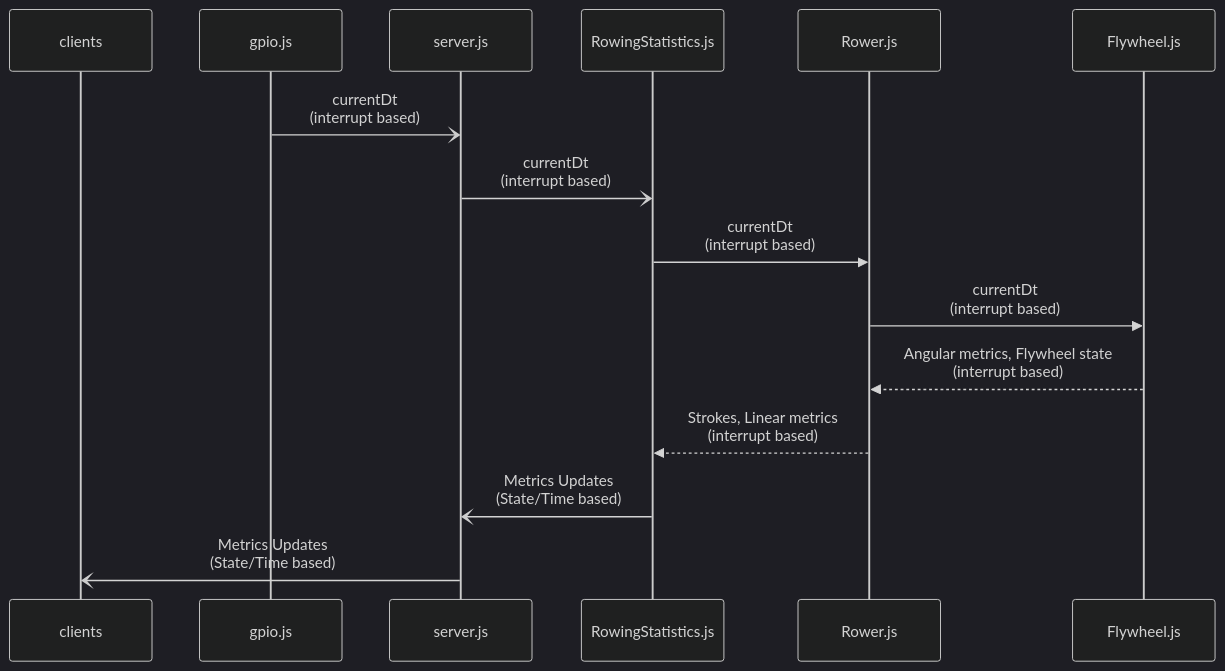
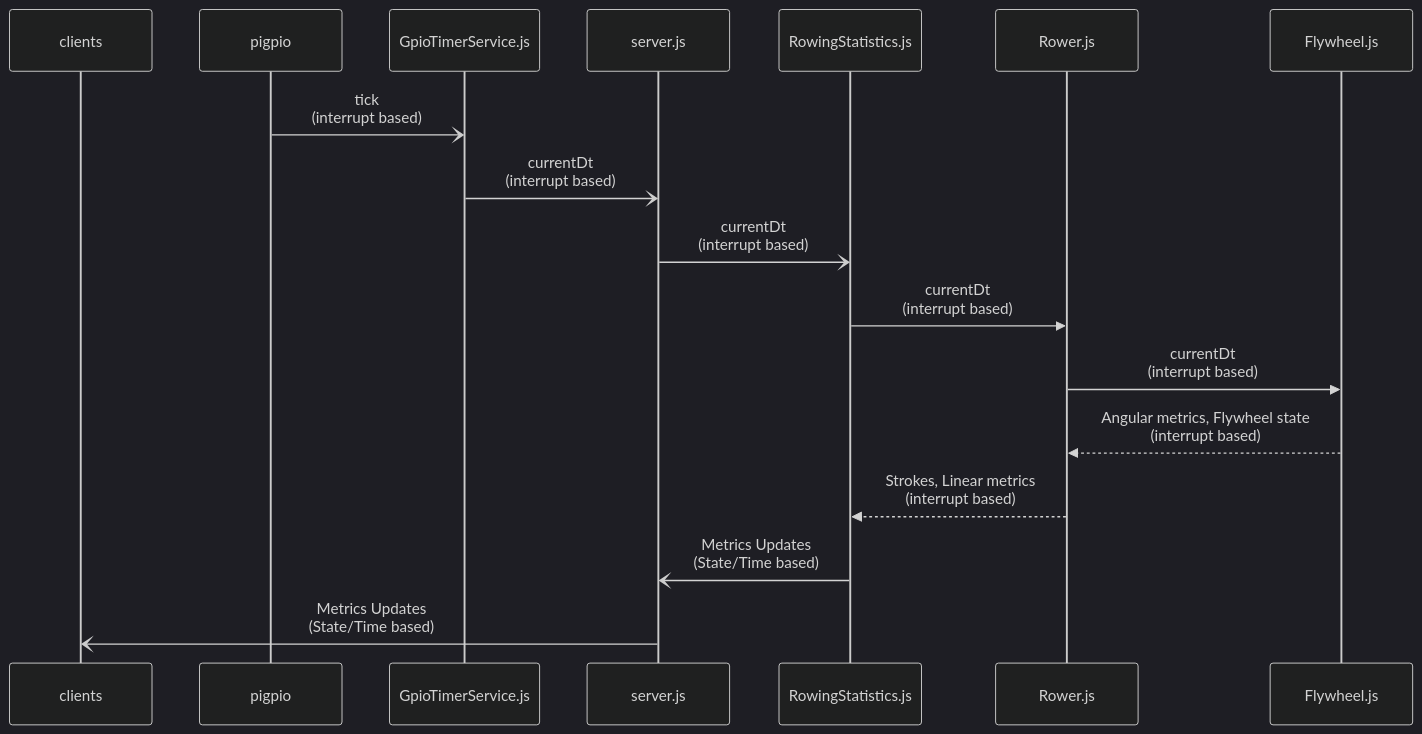
The first of 4 diagrams in docs/Architecture.md (laberning/openrowingmonitor), drawn with Mermaid (dark theme) before and after one commit. The commit also changed other lines of this file, not shown here.

First line of the commit message:
Added the pigpio library

````diff
--- a/docs/Architecture.md
+++ b/docs/Architecture.md
@@ -20,17 +20,19 @@
 ```mermaid
 sequenceDiagram
   participant clients
-  participant gpio.js
+  participant pigpio
+  participant GpioTimerService.js
   participant server.js
   participant RowingStatistics.js
   participant Rower.js
   participant Flywheel.js
-  gpio.js-)server.js: currentDt<br>(interrupt based)
+  pigpio -)GpioTimerService.js: tick<br>(interrupt based)
+  GpioTimerService.js-)server.js: currentDt<br>(interrupt based)
   server.js-)RowingStatistics.js: currentDt<br>(interrupt based)
   RowingStatistics.js->>Rower.js: currentDt<br>(interrupt based)
   Rower.js->>Flywheel.js: currentDt<br>(interrupt based)
   Flywheel.js-->>Rower.js: Angular metrics, Flywheel state<br>(interrupt based)
   Rower.js-->>RowingStatistics.js: Strokes, Linear metrics<br>(interrupt based)
   RowingStatistics.js-)server.js: Metrics Updates<br>(State/Time based)
   server.js-)clients: Metrics Updates<br>(State/Time based)
 ```
````
